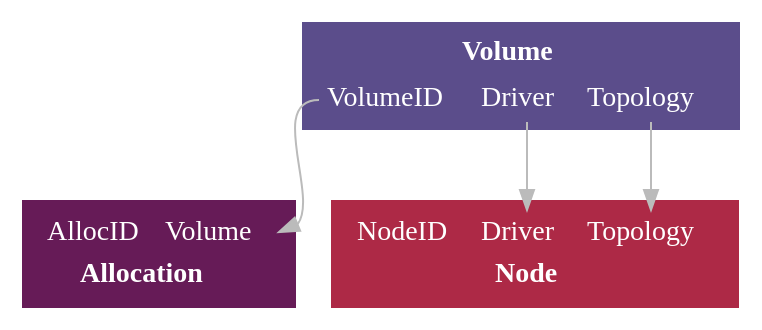
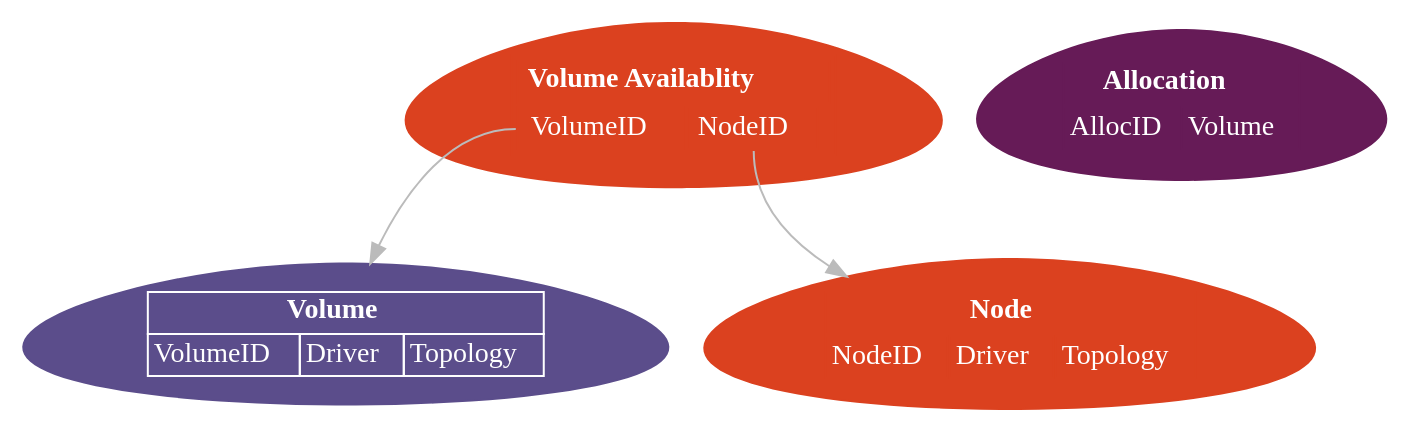
The diagram in doc/csi_volumes.dot (langmartin/nomad-dev), drawn with Graphviz before and after one commit.

Commit message:
doc/csi_volumes.dot

```diff
--- a/doc/csi_volumes.dot
+++ b/doc/csi_volumes.dot
@@ -1,50 +1,58 @@
 digraph {
-	// bgcolor="black"
-	edge[color="#bbbbbb"]
+        // bgcolor="black"
+        edge[color="#bbbbbb"]
 
-	// blue
-	node[style="filled" color="#5B4D8B" shape="box" fontcolor="white"]
-	// vol[shape="record" label="<id> VolumeID|<dr> Driver"]
-	vol[label=<<table border="0" cellborder="1" cellspacing="1">
-	    <tr><td colspan="3"><b>Volume</b></td></tr><tr>
-	       <td port="id">VolumeID</td>
-	       <td port="dr">Driver</td>
-	       <td port="tp">Topology</td>
-	       </tr></table>>]
+        // blue
+        node[style="filled" color="#5B4D8B" shape="egg" fontcolor="white"]
+        vol[label=<<table border="0" cellborder="1" cellspacing="0" color="white">
+            <tr><td colspan="3"><b>Volume</b></td></tr>
+	    <tr>
+            <td port="id">VolumeID</td>
+            <td port="dr">Driver</td>
+            <td port="tp">Topology</td>
+            </tr>
+	    </table>>]
 
-	// purple
-	node[color="#661B57" shape="box"]
-	// alloc[shape="record" label="<id> AllocID|<vol> Volume"]
-	alloc[label=<<table border="0" cellborder="1" cellspacing="1">
+        // orange
+        node[color="#DB411F"]
+        volon[label=<<table>
+              <tr><td colspan="3"><b>Volume Availablity</b></td></tr>
 	      <tr>
-	       <td port="id">AllocID</td>
-	       <td port="vol">Volume</td>
-	      </tr>
-	      <tr><td colspan="2"><b>Allocation</b></td></tr>
+              <td port="vid">VolumeID</td>
+              <td port="nid">NodeID</td>
+              </tr>
 	      </table>>]
+        volon:vid -> vol
+        volon:nid -> nnode
 
-	// red
-	node[color="#AD2946" shape="box"]
-	// nnode[shape="record" label="<id> NodeID|<dr> Driver|..."]
-	nnode[label=<<table border="0" cellborder="1" cellspacing="1">
-	      <tr>
-	       <td port="id">NodeID</td>
-	       <td port="dr">Driver</td>
-	       <td port="tp">Topology</td>
-	      </tr>
-	      <tr><td colspan="3"><b>Node</b></td></tr>
-	      </table>>]
+        // purple
+        node[color="#661B57"]
+        alloc[label=<<table border="0" cellborder="1" cellspacing="1">
+              <tr><td colspan="2"><b>Allocation</b></td></tr>
+              <tr>
+              <td port="id">AllocID</td>
+              <td port="vol">Volume</td>
+              </tr>
+              </table>>]
 
-	vol:id -> alloc:vol
-	vol:dr -> nnode:dr
-	vol:tp -> nnode:tp
+        // red
+        node[color="#AD2946"]
+        nnode[label=<<table border="0" cellborder="1" cellspacing="1">
+              <tr><td colspan="3"><b>Node</b></td></tr>
+              <tr>
+              <td port="id">NodeID</td>
+              <td port="dr">Driver</td>
+              <td port="tp">Topology</td>
+              </tr>
+              </table>>]
 
-	// alloc:vol -> vol:id
-	// nnode:dr -> vol:dr
+        // vol:dr -> nnode:dr
+        // vol:tp -> nnode:tp
 
-	// orange
-	// node[color="#DB411F" shape="diamond"]
+        // alloc:vol -> vol:id
+        // nnode:dr -> vol:dr
 
-	// yellow
-	// node[color="#E78F28" shape="square"]
+
+        // yellow
+        // node[color="#E78F28" shape="square"]
 }
```
